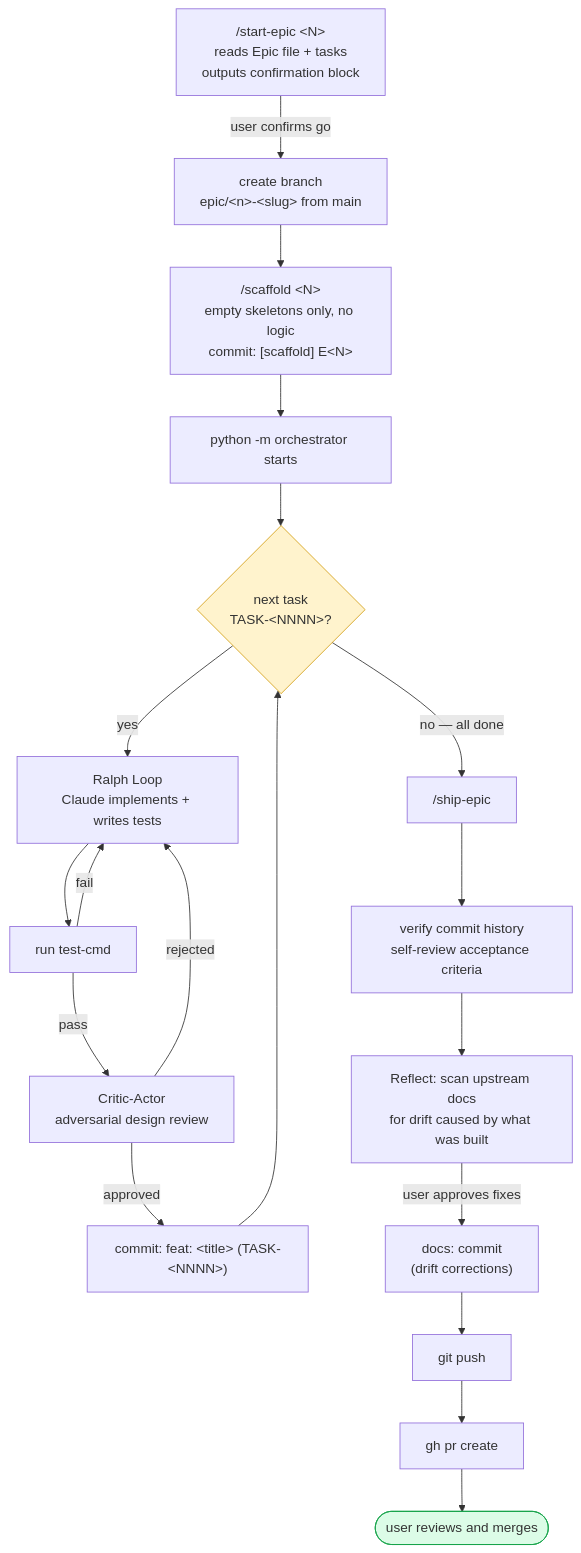
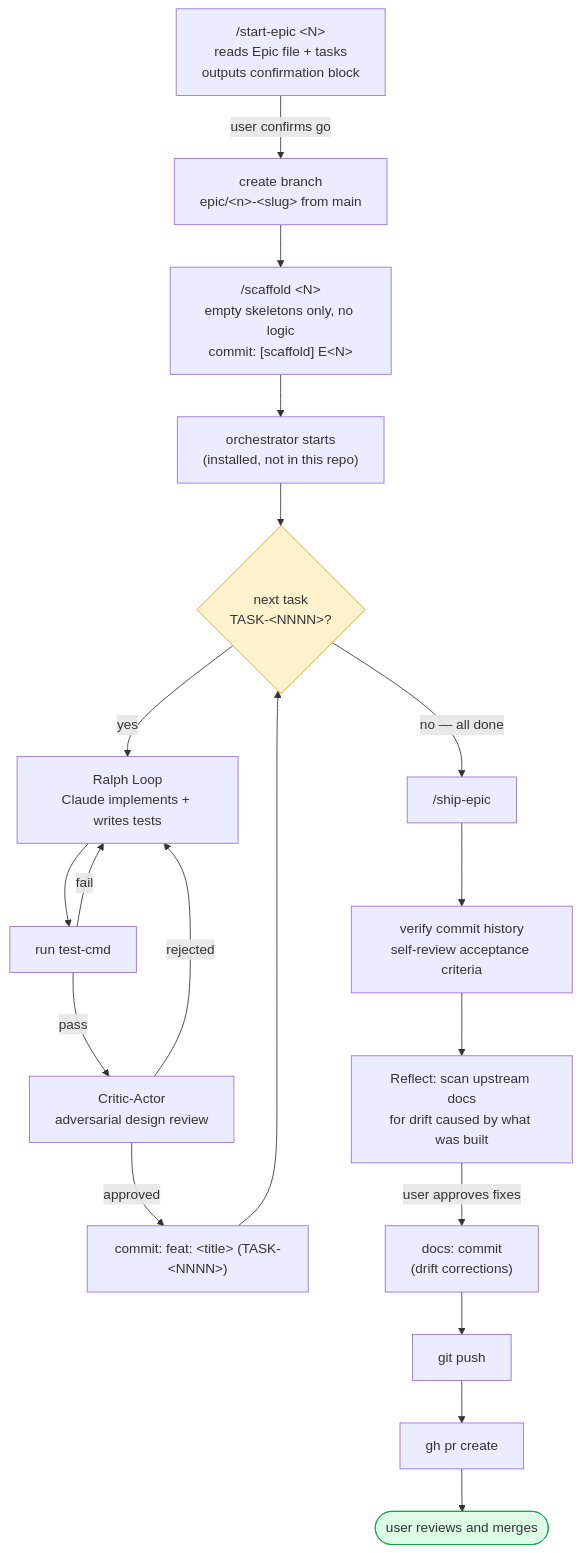
Before and after one commit to mthoatgit/project-template: the fourth of 4 diagrams in skeleton/docs/workflow-overview.md, drawn with Mermaid. The commit also changed 1 other file, not shown here.

Commit message:
docs: state the execution engine in the scaffold's CLAUDE.md (TASK-0002)
A session landing in a freshly scaffolded project can now learn from
CLAUDE.md alone that an execution engine exists, how to invoke it, and
that its code is installed rather than carried.

The invocation moves from python -m orchestrator to the console script.
Both resolve from the installed package, but the console script is the
form consuming-the-orchestrator.md documents and reads less like
something the project ships. The <test-cmd> placeholder is preserved —
/init-project fills it, and resolving it here would break scaffolding.

Scope extended beyond the task file by one line: skeleton/docs/
workflow-overview.md's implementation-phase diagram also named the
module form. TEST-0001's second assertion covers all of skeleton/, so
leaving it would have failed a test belonging to the previous task, and
a diagram that contradicts CLAUDE.md is exactly the drift this Epic is
about. In-scope refinement, not new work.

TEST-0002 passes on all five assertions. TEST-0008, the procedural half
of REQ-0002, cannot be run until a project is scaffolded from this.

````diff
--- a/skeleton/docs/workflow-overview.md
+++ b/skeleton/docs/workflow-overview.md
@@ -89,26 +89,26 @@
 ```mermaid
 flowchart TD
     S1["/start-epic &lt;N&gt;<br/>reads Epic file + tasks<br/>outputs confirmation block"] -->|user confirms go| S2["create branch<br/>epic/&lt;n&gt;-&lt;slug&gt; from main"]
     S2 --> S3["/scaffold &lt;N&gt;<br/>empty skeletons only, no logic<br/>commit: [scaffold] E&lt;N&gt;"]
-    S3 --> S4["python -m orchestrator starts"]
+    S3 --> S4["orchestrator starts<br/>(installed, not in this repo)"]
     S4 --> Loop{"next task<br/>TASK-&lt;NNNN&gt;?"}
     Loop -->|yes| Ralph["Ralph Loop<br/>Claude implements + writes tests"]
     Ralph --> RunTests["run test-cmd"]
     RunTests -->|fail| Ralph
     RunTests -->|pass| Critic["Critic-Actor<br/>adversarial design review"]
     Critic -->|rejected| Ralph
     Critic -->|approved| Commit["commit: feat: &lt;title&gt; (TASK-&lt;NNNN&gt;)"]
     Commit --> Loop
     Loop -->|no — all done| Ship["/ship-epic"]
     Ship --> Review["verify commit history<br/>self-review acceptance criteria"]
     Review --> Reflect["Reflect: scan upstream docs<br/>for drift caused by what was built"]
     Reflect -->|user approves fixes| DriftCommit["docs: commit<br/>(drift corrections)"]
     DriftCommit --> Push["git push"]
     Push --> PRCreate["gh pr create"]
     PRCreate --> Human(["user reviews and merges"])
 
     classDef gate fill:#fff3cd,stroke:#d4a017,color:#333;
     classDef terminal fill:#dcfce7,stroke:#16a34a,color:#333;
     class Loop gate;
     class Human terminal;
 ```
````
